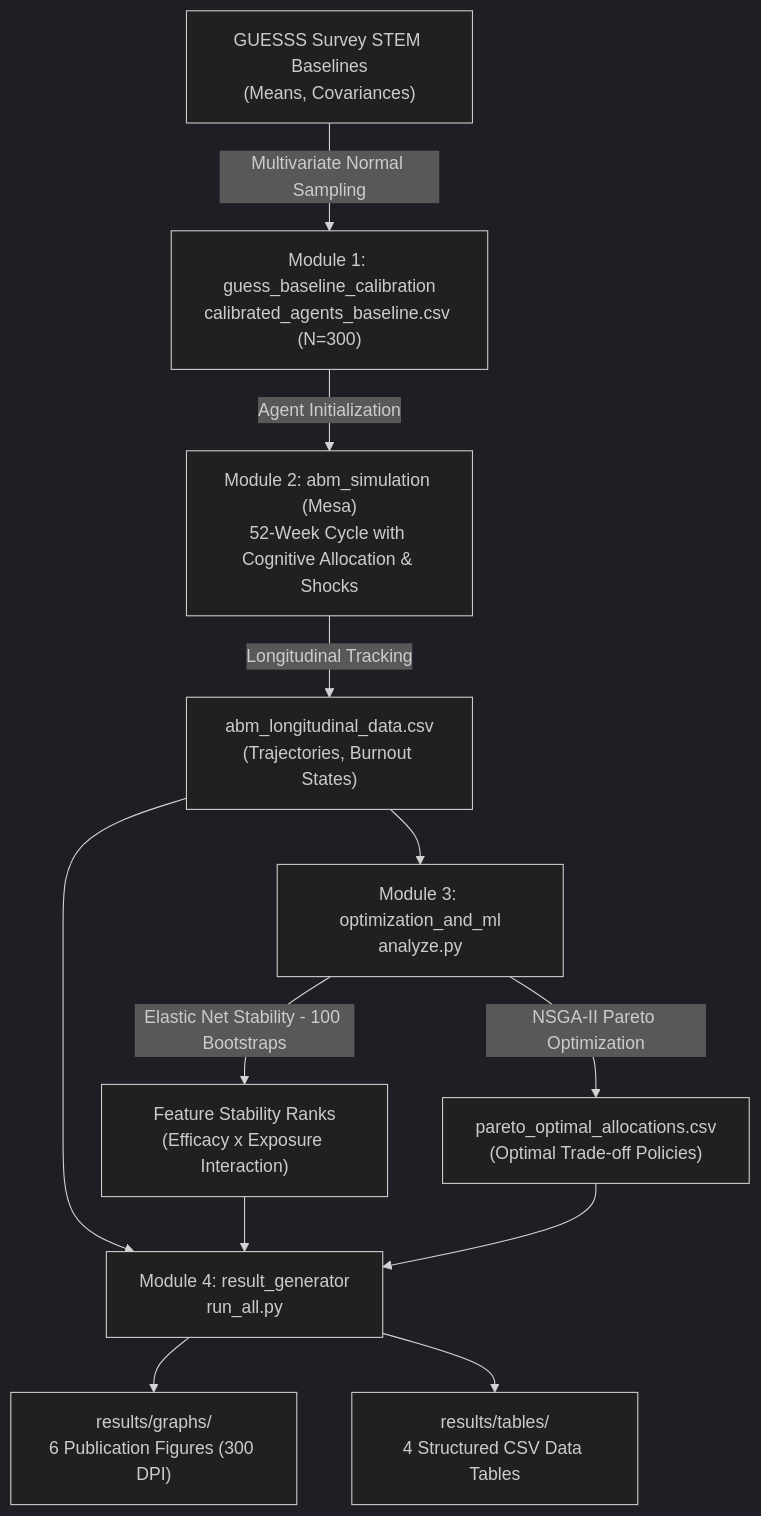
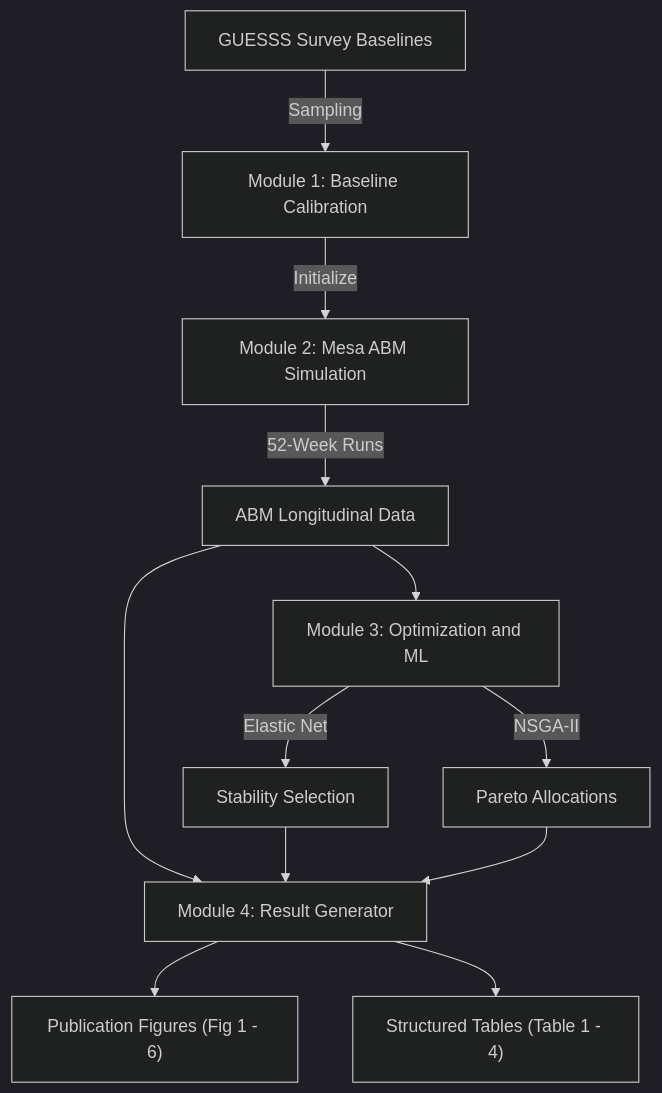
The diagram in README.md (Siddharth-Balakrishnan/aba-sim-deeptech), drawn with Mermaid (dark theme) before and after one commit.

Commit message:
docs: simplify simulation pipeline architecture mermaid diagram in readme

````diff
--- a/README.md
+++ b/README.md
@@ -42,14 +42,14 @@
 ```mermaid
-flowchart TD
-    A["GUESSS Survey STEM Baselines<br/>(Means, Covariances)"] -->|Multivariate Normal Sampling| B["Module 1: guess_baseline_calibration<br/>calibrated_agents_baseline.csv (N=300)"]
-    B -->|Agent Initialization| C["Module 2: abm_simulation (Mesa)<br/>52-Week Cycle with Cognitive Allocation & Shocks"]
-    C -->|Longitudinal Tracking| D["abm_longitudinal_data.csv<br/>(Trajectories, Burnout States)"]
-    D --> E["Module 3: optimization_and_ml<br/>analyze.py"]
-    E -->|Elastic Net Stability - 100 Bootstraps| F["Feature Stability Ranks<br/>(Efficacy x Exposure Interaction)"]
-    E -->|NSGA-II Pareto Optimization| G["pareto_optimal_allocations.csv<br/>(Optimal Trade-off Policies)"]
-    D --> H["Module 4: result_generator<br/>run_all.py"]
+graph TD
+    A["GUESSS Survey Baselines"] -->|Sampling| B["Module 1: Baseline Calibration"]
+    B -->|Initialize| C["Module 2: Mesa ABM Simulation"]
+    C -->|52-Week Runs| D["ABM Longitudinal Data"]
+    D --> E["Module 3: Optimization and ML"]
+    E -->|Elastic Net| F["Stability Selection"]
+    E -->|NSGA-II| G["Pareto Allocations"]
+    D --> H["Module 4: Result Generator"]
     F --> H
     G --> H
-    H --> I["results/graphs/<br/>6 Publication Figures (300 DPI)"]
-    H --> J["results/tables/<br/>4 Structured CSV Data Tables"]
+    H --> I["Publication Figures (Fig 1 - 6)"]
+    H --> J["Structured Tables (Table 1 - 4)"]
 ```
````
